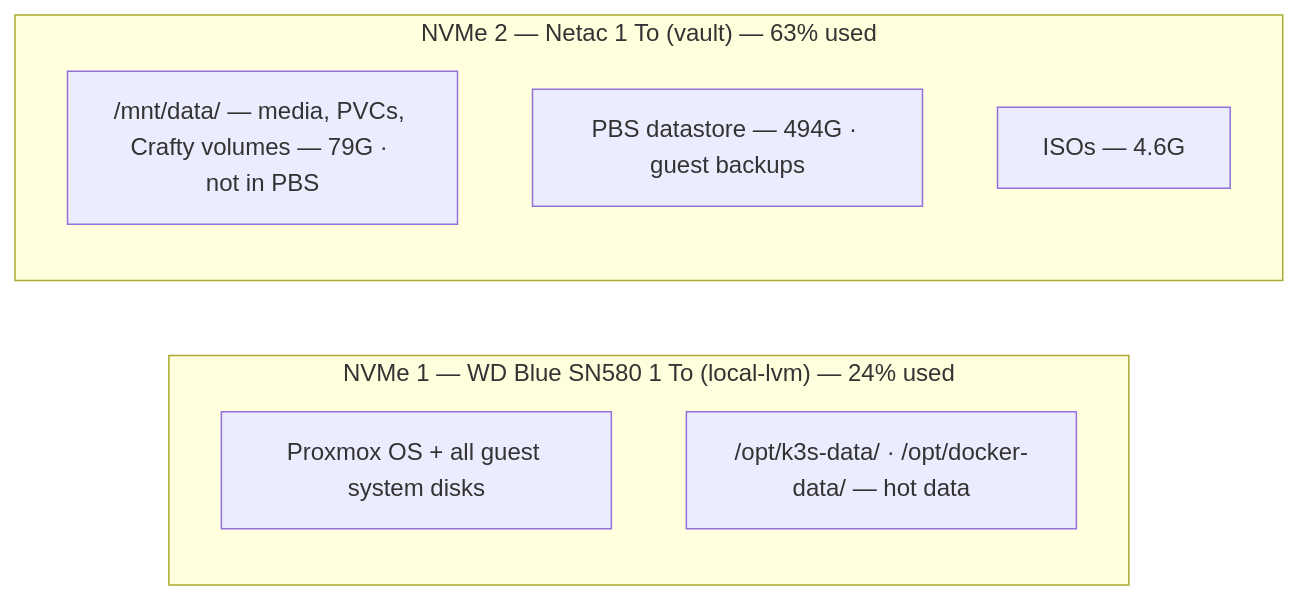
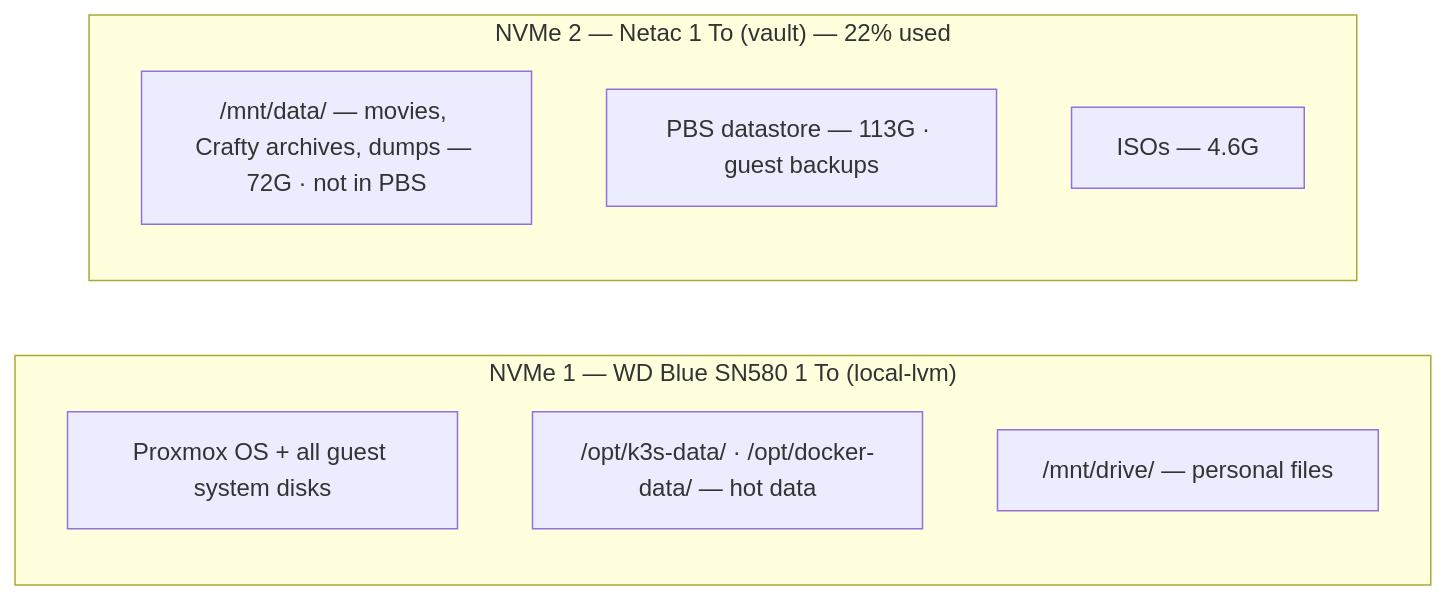
Before and after one commit to Enoal-Fauchille-Bolle/Astra-ops: the diagram in docs/infrastructure.md, drawn with Mermaid. The commit also changed other lines of this file and 2 other files, not shown here.

````diff
--- a/docs/infrastructure.md
+++ b/docs/infrastructure.md
@@ -56,12 +58,13 @@
 ```mermaid
 graph LR
-    subgraph NVMe1["NVMe 1 — WD Blue SN580 1 To (local-lvm) — 24% used"]
+    subgraph NVMe1["NVMe 1 — WD Blue SN580 1 To (local-lvm)"]
         OS[Proxmox OS + all guest system disks]
         HOT["/opt/k3s-data/ · /opt/docker-data/ — hot data"]
+        DRIVE["/mnt/drive/ — personal files"]
     end
-    subgraph NVMe2["NVMe 2 — Netac 1 To (vault) — 63% used"]
-        COLD["/mnt/data/ — media, PVCs, Crafty volumes — 79G · not in PBS"]
-        PBS["PBS datastore — 494G · guest backups"]
+    subgraph NVMe2["NVMe 2 — Netac 1 To (vault) — 22% used"]
+        COLD["/mnt/data/ — movies, Crafty archives, dumps — 72G · not in PBS"]
+        PBS["PBS datastore — 113G · guest backups"]
         ISO["ISOs — 4.6G"]
     end
 ```
````
